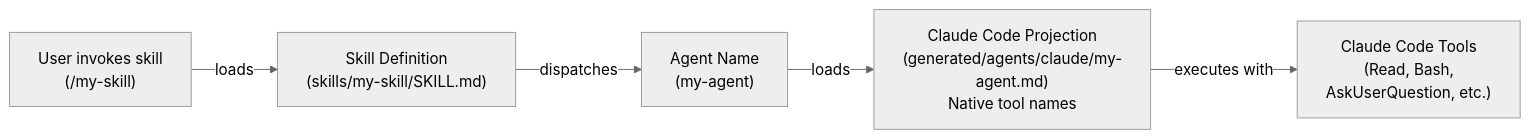
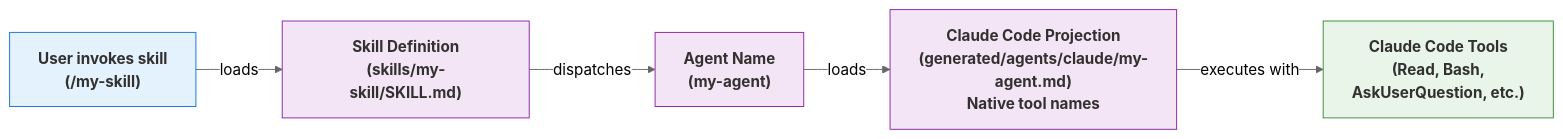
One commit to russell-laing/al-dev-shared changed the sixth of 6 diagrams in docs/projection-layer-readme.md. Above: the diagram before and after it, drawn with Mermaid (neutral theme). The commit also changed other lines of this file, not shown here.

First line of the commit message:
docs: standardize mermaid diagram color palette

````diff
--- a/docs/projection-layer-readme.md
+++ b/docs/projection-layer-readme.md
@@ -932,7 +968,17 @@
 ```mermaid
 graph LR
     A["User invokes skill<br/>(/my-skill)"] -->|loads| B["Skill Definition<br/>(skills/my-skill/SKILL.md)"]
     B -->|dispatches| C["Agent Name<br/>(my-agent)"]
     C -->|loads| D["Claude Code Projection<br/>(generated/agents/claude/my-agent.md)<br/>Native tool names"]
     D -->|executes with| E["Claude Code Tools<br/>(Read, Bash,<br/>AskUserQuestion, etc.)"]
+
+    classDef input fill:#e3f2fd,stroke:#1976d2,color:#323130,font-weight:bold
+    classDef process fill:#f3e5f5,stroke:#8e24aa,color:#323130,font-weight:bold
+    classDef output fill:#e8f5e8,stroke:#388e3c,color:#323130,font-weight:bold
+
+    class A input
+    class B process
+    class C process
+    class D process
+    class E output
 ```
````
